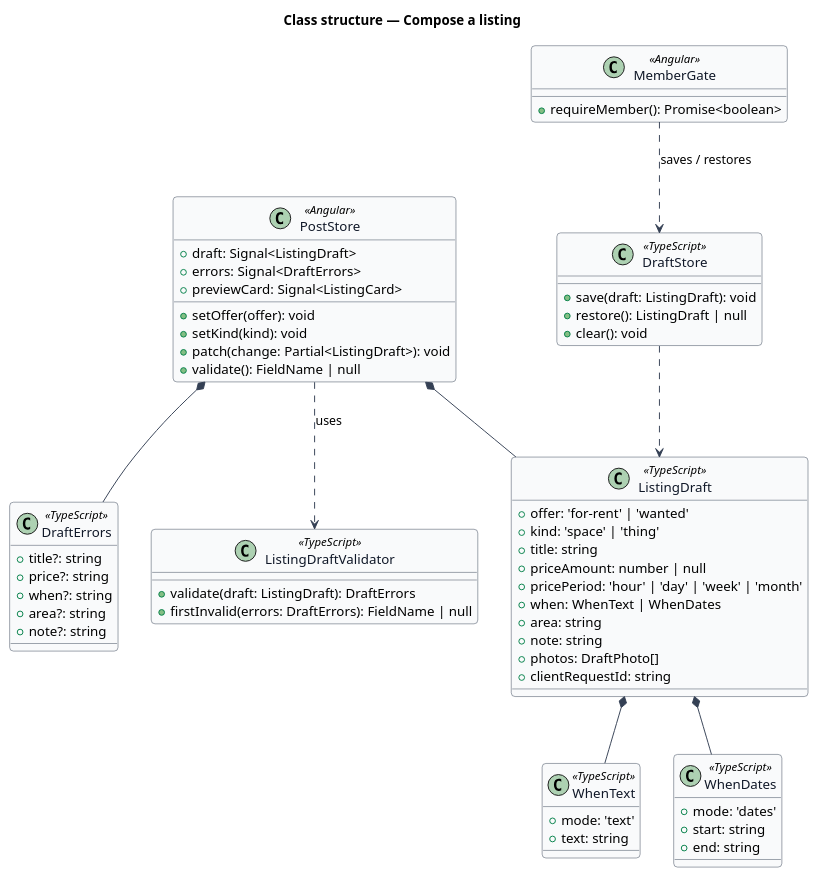
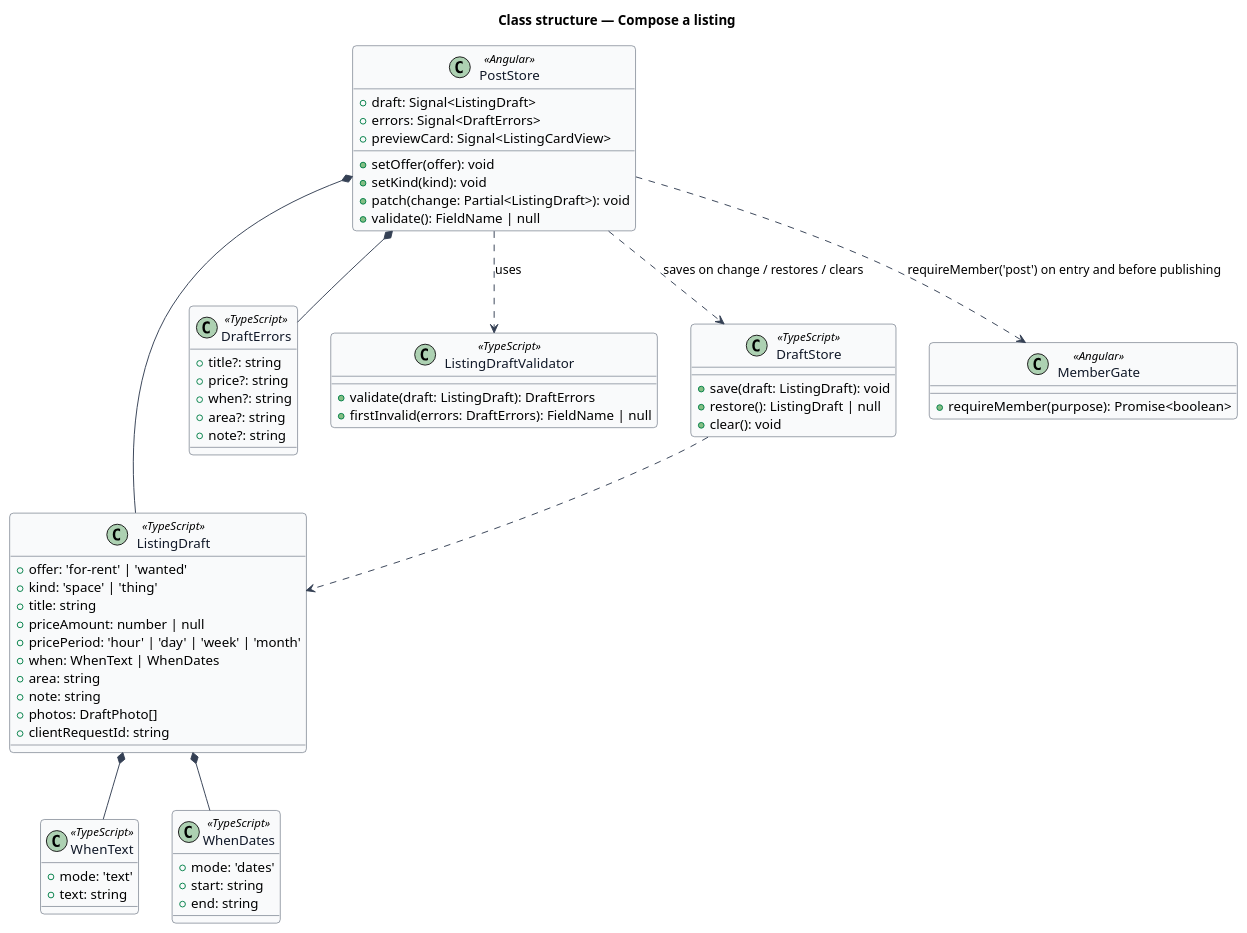
The diagram in docs/detailed-designs/post/compose-listing/diagrams/class-structure.puml (QuinntyneBrown/christian-rent), drawn with PlantUML before and after one commit. The commit also changed 18 other files, not shown here.

```diff
--- a/docs/detailed-designs/post/compose-listing/diagrams/class-structure.puml
+++ b/docs/detailed-designs/post/compose-listing/diagrams/class-structure.puml
@@ -1,72 +1,73 @@
 @startuml
 ' --- shared skin header ---
 skinparam backgroundColor #FFFFFF
 skinparam shadowing false
 skinparam roundcorner 8
 skinparam defaultFontName Arial
 skinparam ArrowColor #344054
 skinparam class {
   BorderColor #344054
   FontColor #101828
   BackgroundColor #F9FAFB
 }
 ' --------------------------
 title Class structure — Compose a listing
 
 class ListingDraft <<TypeScript>> {
   +offer: 'for-rent' | 'wanted'
   +kind: 'space' | 'thing'
   +title: string
   +priceAmount: number | null
   +pricePeriod: 'hour' | 'day' | 'week' | 'month'
   +when: WhenText | WhenDates
   +area: string
   +note: string
   +photos: DraftPhoto[]
   +clientRequestId: string
 }
 class WhenText <<TypeScript>> {
   +mode: 'text'
   +text: string
 }
 class WhenDates <<TypeScript>> {
   +mode: 'dates'
   +start: string
   +end: string
 }
 class DraftErrors <<TypeScript>> {
   +title?: string
   +price?: string
   +when?: string
   +area?: string
   +note?: string
 }
 class ListingDraftValidator <<TypeScript>> {
   +validate(draft: ListingDraft): DraftErrors
   +firstInvalid(errors: DraftErrors): FieldName | null
 }
 class PostStore <<Angular>> {
   +draft: Signal<ListingDraft>
   +errors: Signal<DraftErrors>
-  +previewCard: Signal<ListingCard>
+  +previewCard: Signal<ListingCardView>
   +setOffer(offer): void
   +setKind(kind): void
   +patch(change: Partial<ListingDraft>): void
   +validate(): FieldName | null
 }
 class DraftStore <<TypeScript>> {
   +save(draft: ListingDraft): void
   +restore(): ListingDraft | null
   +clear(): void
 }
 class MemberGate <<Angular>> {
-  +requireMember(): Promise<boolean>
+  +requireMember(purpose): Promise<boolean>
 }
 PostStore *-- ListingDraft
 PostStore *-- DraftErrors
 PostStore ..> ListingDraftValidator : uses
 ListingDraft *-- WhenText
 ListingDraft *-- WhenDates
-MemberGate ..> DraftStore : saves / restores
+PostStore ..> DraftStore : saves on change / restores / clears
+PostStore ..> MemberGate : requireMember('post') on entry and before publishing
 DraftStore ..> ListingDraft
 @enduml
```
